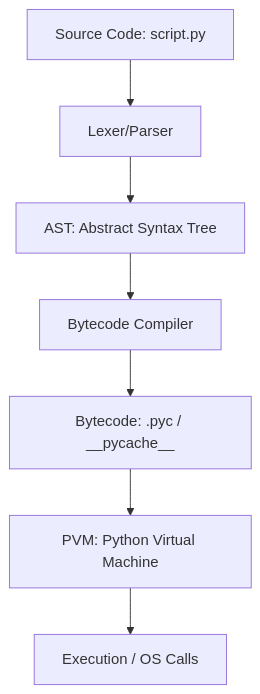
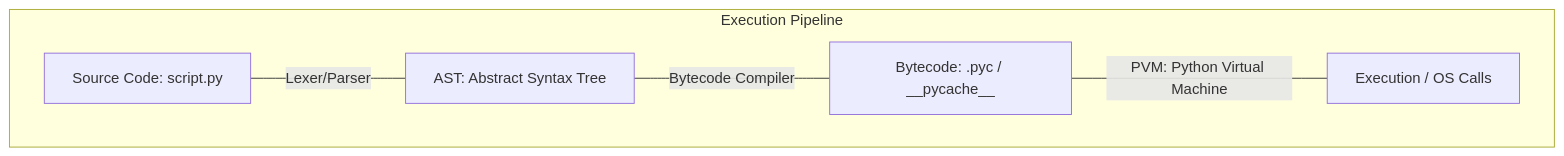
The first of 4 diagrams in docs/volume-02/01-python-core-oop-masterclass.md (jithinpnjm/nvidia-devops), drawn with Mermaid before and after one commit. The commit also changed other lines of this file and 110 other files, not shown here.

Commit message:
docs(volume-1-10): complete second-pass refinement of formatting, visual diagrams, and code snippets

````diff
--- a/docs/volume-02/01-python-core-oop-masterclass.md
+++ b/docs/volume-02/01-python-core-oop-masterclass.md
@@ -29,9 +29,8 @@
 ```mermaid
-graph TD
-    A[Source Code: script.py] --> B[Lexer/Parser]
-    B --> C[AST: Abstract Syntax Tree]
-    C --> D[Bytecode Compiler]
-    D --> E[Bytecode: .pyc / __pycache__]
-    E --> F[PVM: Python Virtual Machine]
-    F --> G[Execution / OS Calls]
+flowchart TD
+    subgraph Execution Pipeline
+    A[Source Code: script.py] -- "Lexer/Parser" --- B[AST: Abstract Syntax Tree]
+    B -- "Bytecode Compiler" --- C[Bytecode: .pyc / __pycache__]
+    C -- "PVM: Python Virtual Machine" --- D[Execution / OS Calls]
+    end
 ```
````
